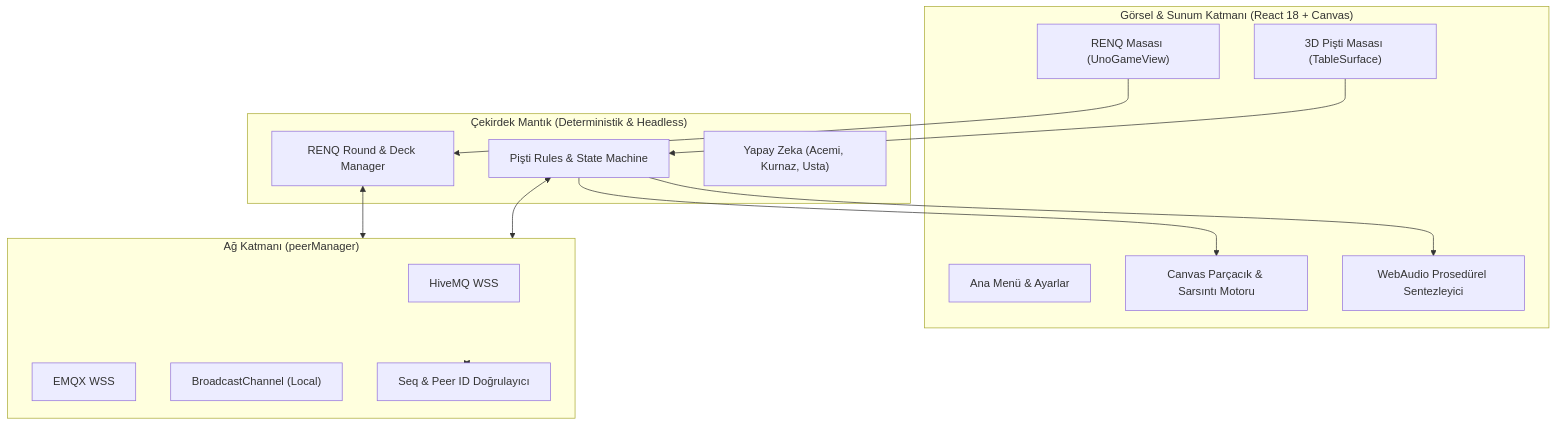
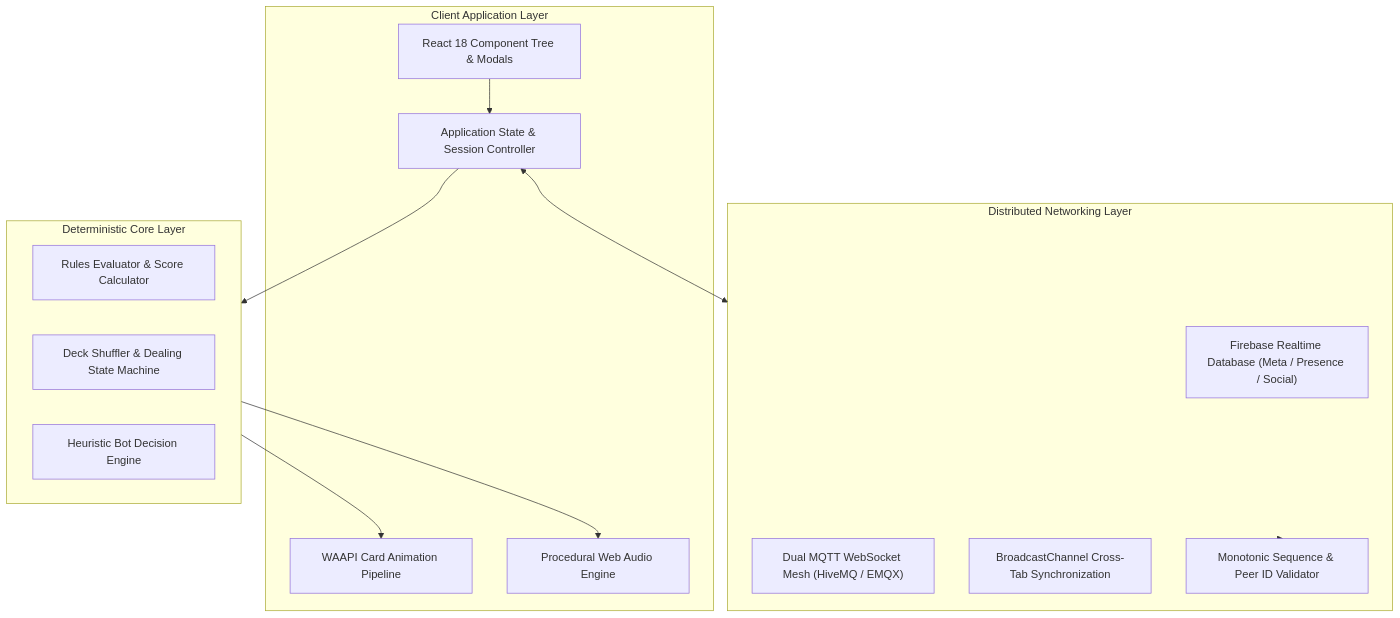
Before and after one commit to AdoQeT/peeshtee: the diagram in README.md, drawn with Mermaid. The commit also changed other lines of this file and 12 other files, not shown here.

````diff
--- a/README.md
+++ b/README.md
@@ -71,31 +17,29 @@
 ```mermaid
 graph TD
-    subgraph UI_Presentation["Görsel & Sunum Katmanı (React 18 + Canvas)"]
-        Menu["Ana Menü & Ayarlar"]
-        TablePisti["3D Pişti Masası (TableSurface)"]
-        TableRenq["RENQ Masası (UnoGameView)"]
-        FXEngine["Canvas Parçacık & Sarsıntı Motoru"]
-        AudioEngine["WebAudio Prosedürel Sentezleyici"]
+    subgraph Client["Client Application Layer"]
+        UI["React 18 Component Tree & Modals"]
+        State["Application State & Session Controller"]
+        Anim["WAAPI Card Animation Pipeline"]
+        Audio["Procedural Web Audio Engine"]
     end
 
-    subgraph Core_Engine["Çekirdek Mantık (Deterministik & Headless)"]
-        PistiEngine["Pişti Rules & State Machine"]
-        RenqEngine["RENQ Round & Deck Manager"]
-        BotAI["Yapay Zeka (Acemi, Kurnaz, Usta)"]
+    subgraph Core["Deterministic Core Layer"]
+        Rules["Rules Evaluator & Score Calculator"]
+        Deck["Deck Shuffler & Dealing State Machine"]
+        AI["Heuristic Bot Decision Engine"]
     end
 
-    subgraph Network_Layer["Ağ Katmanı (peerManager)"]
-        MQTTPrimary["HiveMQ WSS"]
-        MQTTFallback["EMQX WSS"]
-        BroadcastCh["BroadcastChannel (Local)"]
-        PacketValidator["Seq & Peer ID Doğrulayıcı"]
+    subgraph Network["Distributed Networking Layer"]
+        Firebase["Firebase Realtime Database (Meta / Presence / Social)"]
+        MQTT["Dual MQTT WebSocket Mesh (HiveMQ / EMQX)"]
+        LocalMesh["BroadcastChannel Cross-Tab Synchronization"]
+        Validator["Monotonic Sequence & Peer ID Validator"]
     end
 
-    TablePisti --> PistiEngine
-    TableRenq --> RenqEngine
-    PistiEngine --> FXEngine
-    PistiEngine --> AudioEngine
-    PistiEngine <--> Network_Layer
-    RenqEngine <--> Network_Layer
-    Network_Layer <--> PacketValidator
+    UI --> State
+    State --> Core
+    Core --> Anim
+    Core --> Audio
+    State <--> Network
+    Network --> Validator
 ```
````
